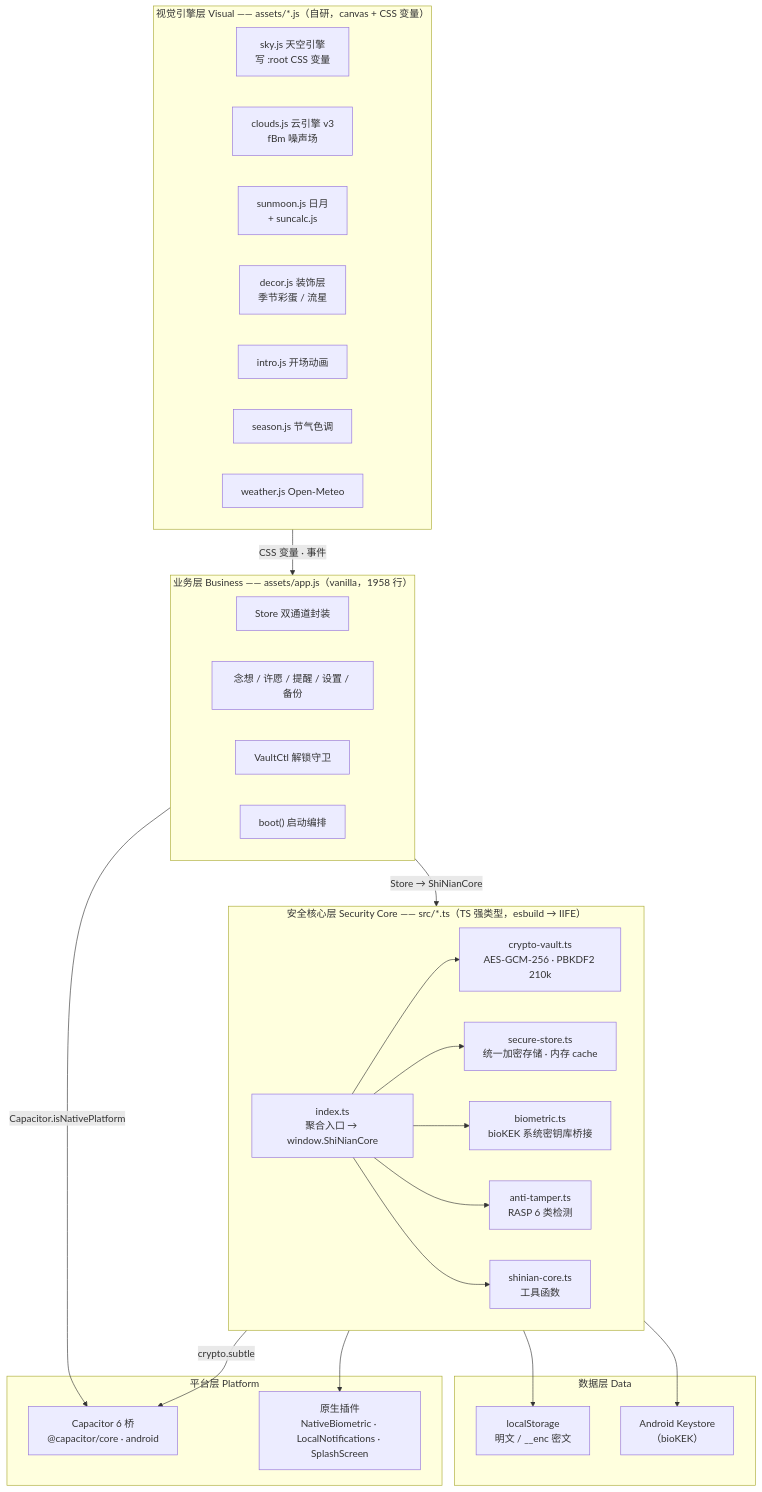
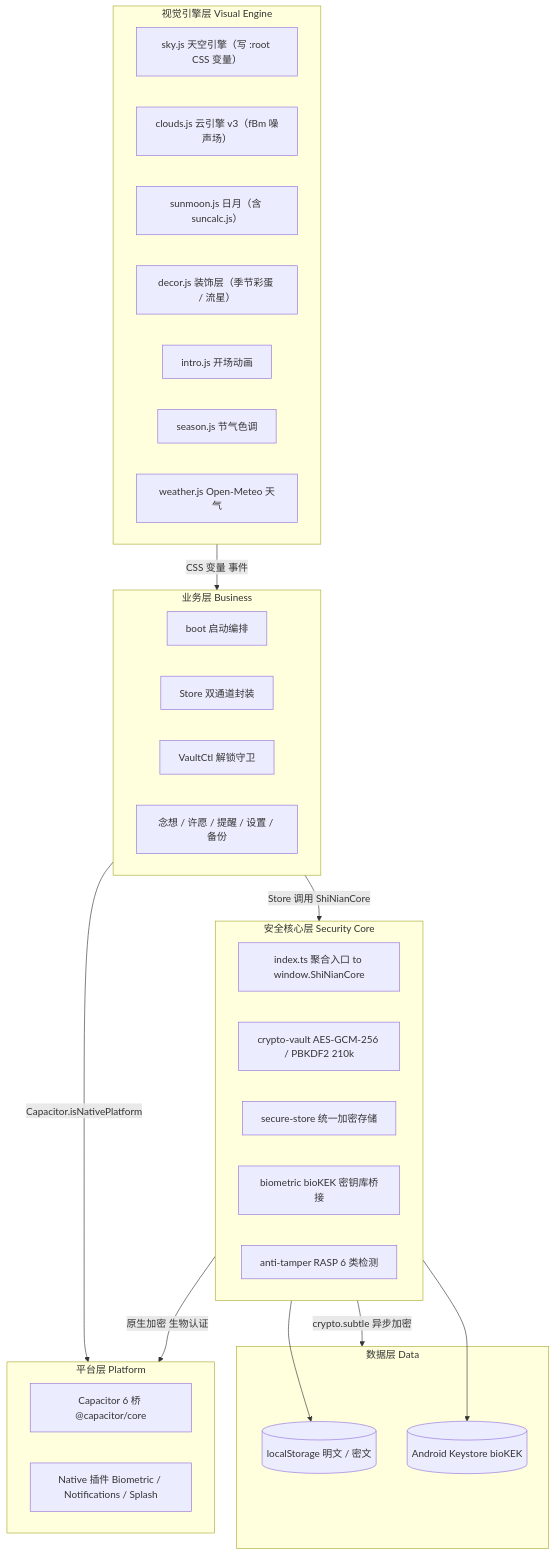
The first of 5 diagrams in docs/ARCHITECTURE.md (xiaoyu-hue/shinian), drawn with Mermaid before and after one commit. The commit also changed other lines of this file, not shown here.

Commit message:
docs: 修复分层架构图在 GitHub 不渲染问题并提升专业性
【问题根因】
第 3 章虽有 Mermaid 代码块，但 subgraph 标题塞入了 * / → / （） / —— 等特殊字符，
且节点使用 <br/>，导致 GitHub 的 Mermaid 渲染器整图解析失败、回退为纯代码块显示
（即用户看到的"是代码、没有图"）。

【本次修改】
- 重写第 3 章分层架构图：改用 GitHub 兼容语法（subgraph 标题纯中英文、节点双引号包裹、
  连线中文标签），5 层（视觉引擎 / 业务 / 安全核心 / 数据 / 平台）依赖方向清晰
- 新增「图 3-1」图注与「分层职责表」（每层技术形态 / 核心职责 / 关键文件）+ 分层约束说明
- 统一全文 Mermaid 的 <br/> 为 <br>（5.2 构建管线图、6.4 密钥体系图），提升渲染兼容性
- 代码零改动；未递增版本号（纯文档修订）

````diff
--- a/docs/ARCHITECTURE.md
+++ b/docs/ARCHITECTURE.md
@@ -70,51 +70,45 @@
 ```mermaid
-graph TB
-    subgraph P["平台层 Platform"]
-        CAP["Capacitor 6 桥<br/>@capacitor/core · android"]
-        BIO["原生插件<br/>NativeBiometric · LocalNotifications · SplashScreen"]
+graph TD
+    subgraph VIS[视觉引擎层 Visual Engine]
+        SKY["sky.js 天空引擎（写 :root CSS 变量）"]
+        CLD["clouds.js 云引擎 v3（fBm 噪声场）"]
+        SUN["sunmoon.js 日月（含 suncalc.js）"]
+        DEC["decor.js 装饰层（季节彩蛋 / 流星）"]
+        INT["intro.js 开场动画"]
+        SEA["season.js 节气色调"]
+        WTH["weather.js Open-Meteo 天气"]
     end
 
-    subgraph S["安全核心层 Security Core —— src/*.ts（TS 强类型，esbuild → IIFE）"]
-        CV["crypto-vault.ts<br/>AES-GCM-256 · PBKDF2 210k"]
-        SS["secure-store.ts<br/>统一加密存储 · 内存 cache"]
-        BI["biometric.ts<br/>bioKEK 系统密钥库桥接"]
-        AT["anti-tamper.ts<br/>RASP 6 类检测"]
-        SC["shinian-core.ts<br/>工具函数"]
-        IDX["index.ts<br/>聚合入口 → window.ShiNianCore"]
+    subgraph BIZ[业务层 Business]
+        BOOT["boot 启动编排"]
+        STORE["Store 双通道封装"]
+        VC["VaultCtl 解锁守卫"]
+        UI["念想 / 许愿 / 提醒 / 设置 / 备份"]
     end
 
-    subgraph B["业务层 Business —— assets/app.js（vanilla，1958 行）"]
-        ST["Store 双通道封装"]
-        UI["念想 / 许愿 / 提醒 / 设置 / 备份"]
-        VC["VaultCtl 解锁守卫"]
-        BOOT["boot() 启动编排"]
+    subgraph SEC[安全核心层 Security Core]
+        IDX["index.ts 聚合入口 to window.ShiNianCore"]
+        CV["crypto-vault AES-GCM-256 / PBKDF2 210k"]
+        SS["secure-store 统一加密存储"]
+        BI["biometric bioKEK 密钥库桥接"]
+        AT["anti-tamper RASP 6 类检测"]
     end
 
-    subgraph V["视觉引擎层 Visual —— assets/*.js（自研，canvas + CSS 变量）"]
-        SKY["sky.js 天空引擎<br/>写 :root CSS 变量"]
-        CLD["clouds.js 云引擎 v3<br/>fBm 噪声场"]
-        SM["sunmoon.js 日月<br/>+ suncalc.js"]
-        DCR["decor.js 装饰层<br/>季节彩蛋 / 流星"]
-        INT["intro.js 开场动画"]
-        SEA["season.js 节气色调"]
-        WTH["weather.js Open-Meteo"]
+    subgraph DATA[数据层 Data]
+        LS[("localStorage 明文 / 密文")]
+        KS[("Android Keystore bioKEK")]
     end
 
-    subgraph D["数据层 Data"]
-        LS["localStorage<br/>明文 / __enc 密文"]
-        KS["Android Keystore<br/>（bioKEK）"]
+    subgraph PLAT[平台层 Platform]
+        CAP["Capacitor 6 桥 @capacitor/core"]
+        NAT["Native 插件 Biometric / Notifications / Splash"]
     end
 
-    B -->|"Store → ShiNianCore"| S
-    V -->|"CSS 变量 · 事件"| B
-    S -->|"crypto.subtle"| CAP
-    B -->|"Capacitor.isNativePlatform"| CAP
-    S --> BIO
-    S --> LS
-    S --> KS
-    IDX --> CV
-    IDX --> SS
-    IDX --> BI
-    IDX --> AT
-    IDX --> SC
+    VIS -->|CSS 变量 事件| BIZ
+    BIZ -->|Store 调用 ShiNianCore| SEC
+    SEC -->|crypto.subtle 异步加密| DATA
+    SEC -->|原生加密 生物认证| PLAT
+    BIZ -->|Capacitor.isNativePlatform| PLAT
+    SEC --> LS
+    SEC --> KS
 ```
````
